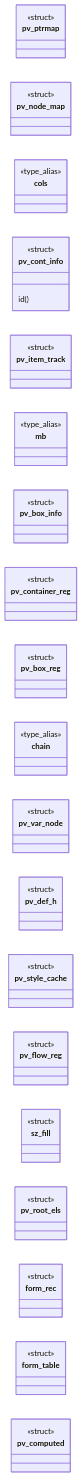
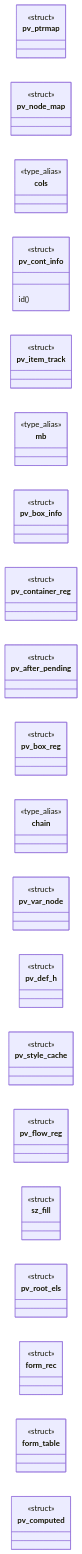
One commit to grisuno/FreeDom changed the first of 2 diagrams in readmenator-apidocs/modules/src.page_view.c.md. Above: the diagram before and after it, drawn with Mermaid. The commit also changed other lines of this file and 194 other files, not shown here.

````diff
--- a/readmenator-apidocs/modules/src.page_view.c.md
+++ b/readmenator-apidocs/modules/src.page_view.c.md
@@ -14,45 +14,47 @@
 ```mermaid
 classDiagram
     direction LR
     class pv_ptrmap
     <<struct>> pv_ptrmap
     class pv_node_map
     <<struct>> pv_node_map
     class cols
     <<type_alias>> cols
     class pv_cont_info
     <<struct>> pv_cont_info
     pv_cont_info : id()
     class pv_item_track
     <<struct>> pv_item_track
     class mb
     <<type_alias>> mb
     class pv_box_info
     <<struct>> pv_box_info
     class pv_container_reg
     <<struct>> pv_container_reg
+    class pv_after_pending
+    <<struct>> pv_after_pending
     class pv_box_reg
     <<struct>> pv_box_reg
     class chain
     <<type_alias>> chain
     class pv_var_node
     <<struct>> pv_var_node
     class pv_def_h
     <<struct>> pv_def_h
     class pv_style_cache
     <<struct>> pv_style_cache
     class pv_flow_reg
     <<struct>> pv_flow_reg
     class sz_fill
     <<struct>> sz_fill
     class pv_root_els
     <<struct>> pv_root_els
     class form_rec
     <<struct>> form_rec
     class form_table
     <<struct>> form_table
     class pv_flow_reg
     <<struct>> pv_flow_reg
     class pv_computed
     <<struct>> pv_computed
 ```
````
